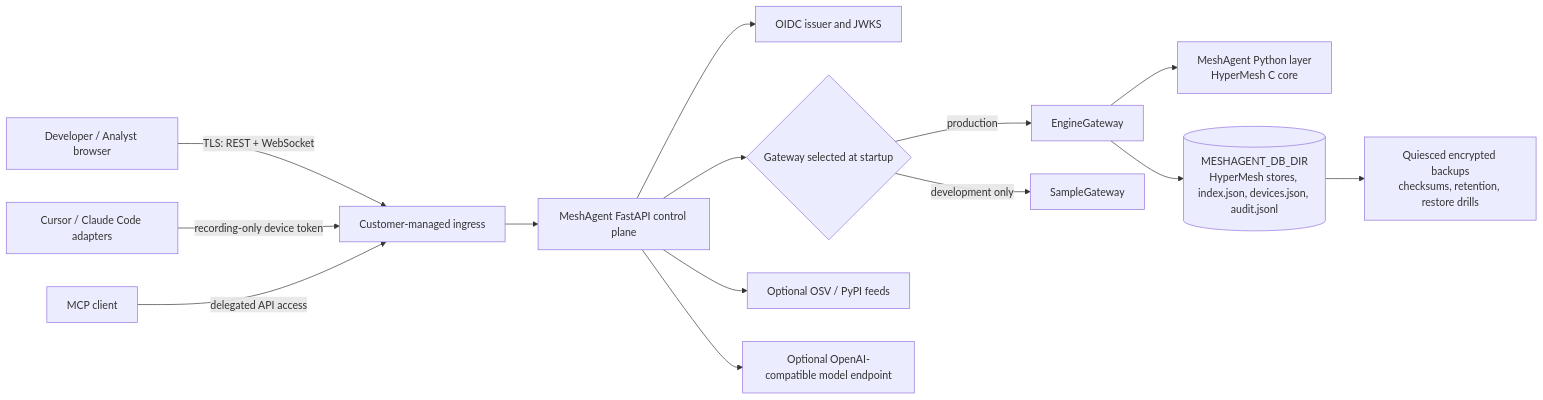
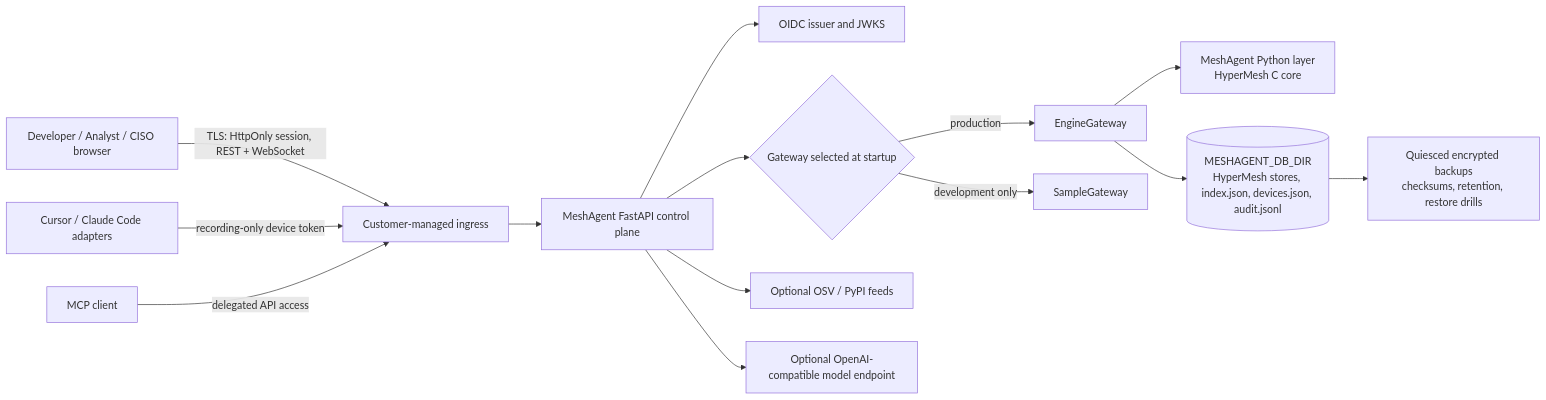
The diagram in README.md (sree181/Nexus-latest), drawn with Mermaid before and after one commit. The commit also changed other lines of this file and 46 other files, not shown here.

````diff
--- a/README.md
+++ b/README.md
@@ -9,16 +9,16 @@
 ```mermaid
 flowchart LR
-    U[Developer / Analyst browser] -->|TLS: REST + WebSocket| I[Customer-managed ingress]
+    U[Developer / Analyst / CISO browser] -->|TLS: HttpOnly session, REST + WebSocket| I[Customer-managed ingress]
     A[Cursor / Claude Code adapters] -->|recording-only device token| I
     M[MCP client] -->|delegated API access| I
     I --> API[MeshAgent FastAPI control plane]
     API --> AUTH[OIDC issuer and JWKS]
     API --> G{Gateway selected at startup}
     G -->|production| EG[EngineGateway]
     G -->|development only| SG[SampleGateway]
     EG --> HM[MeshAgent Python layer\nHyperMesh C core]
     EG --> STATE[(MESHAGENT_DB_DIR\nHyperMesh stores, index.json, devices.json, audit.jsonl)]
     API --> FEEDS[Optional OSV / PyPI feeds]
     API --> MODEL[Optional OpenAI-compatible model endpoint]
     STATE --> B[Quiesced encrypted backups\nchecksums, retention, restore drills]
 ```
````
